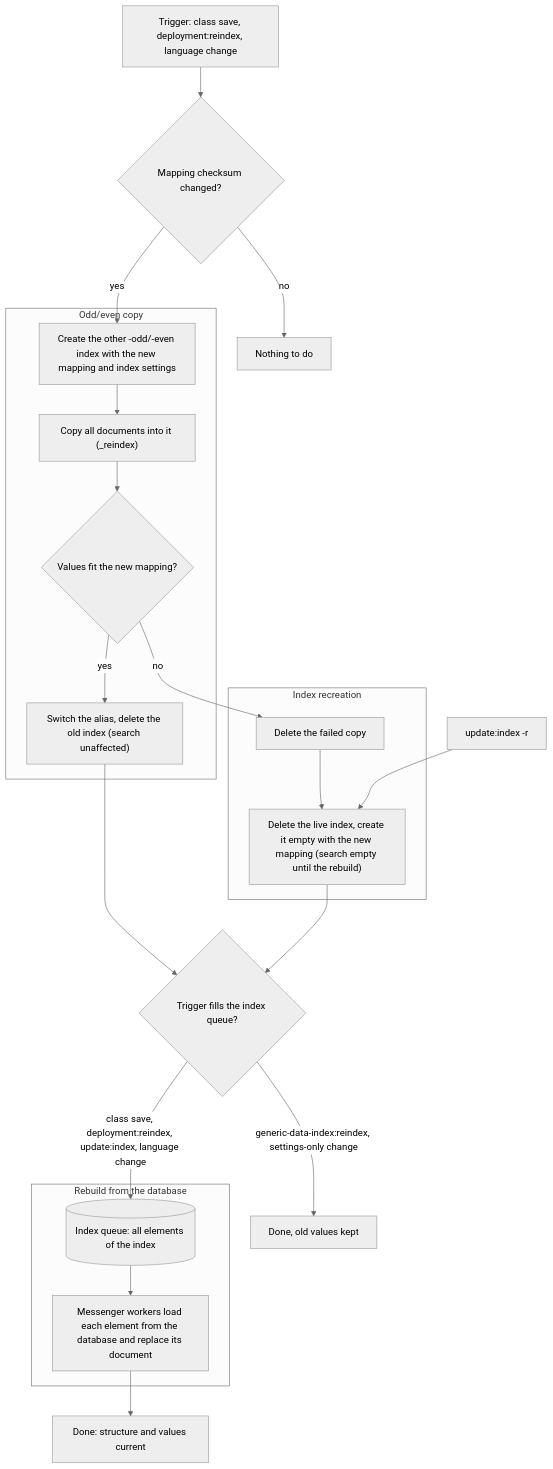
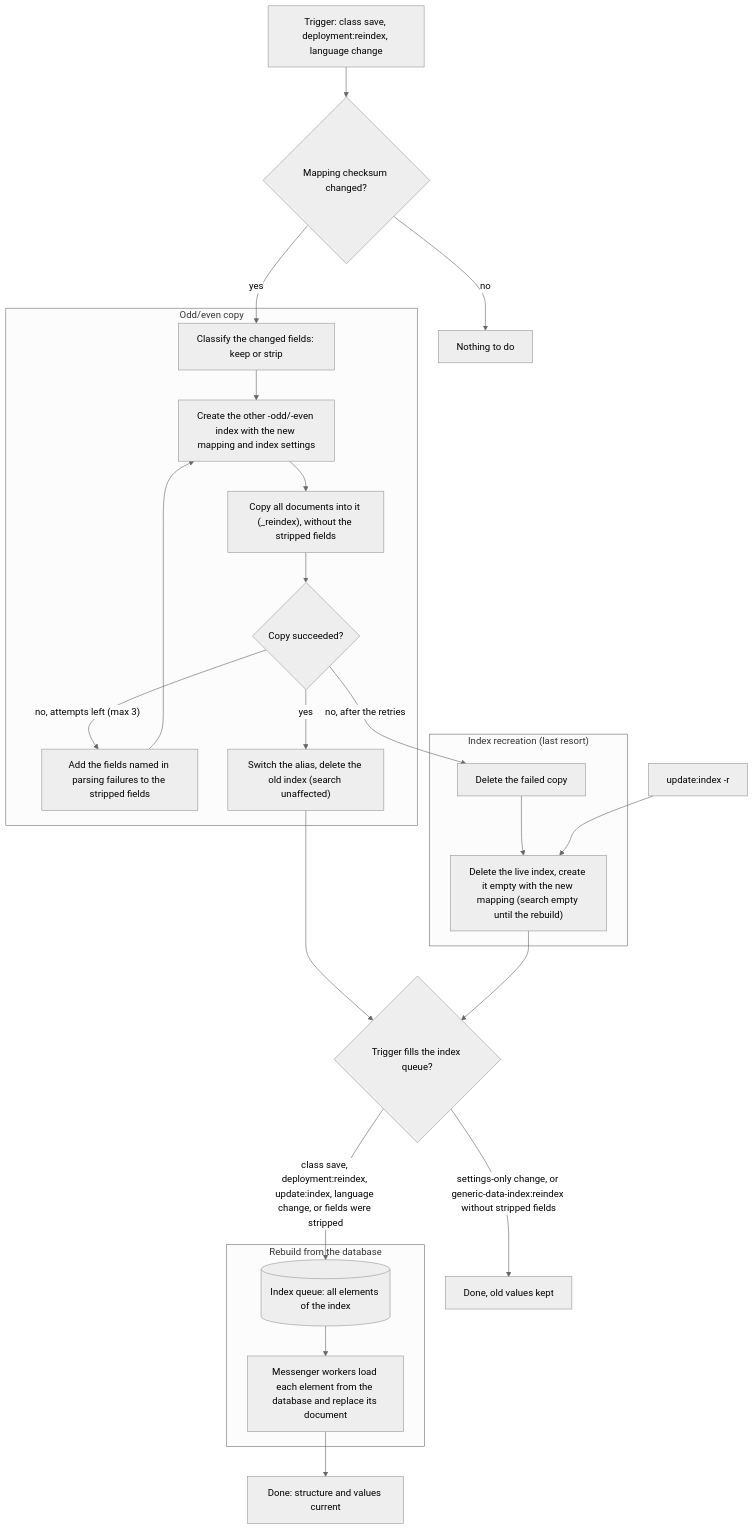
Before and after one commit to pimcore/generic-data-index-bundle: the diagram in doc/03_Reindexing/README.md, drawn with Mermaid (neutral theme). The commit also changed other lines of this file and 2 other files, not shown here.

First line of the commit message:
[Docs] Describe how field type changes are copied instead of recreating the index

````diff
--- a/doc/03_Reindexing/README.md
+++ b/doc/03_Reindexing/README.md
@@ -85,39 +103,44 @@
 ```mermaid
 flowchart TB
     T["Trigger: class save, deployment:reindex, language change"]
     C{Mapping checksum changed?}
     D0[Nothing to do]
     subgraph COPY["Odd/even copy"]
+        K["Classify the changed fields: keep or strip"]
         N["Create the other -odd/-even index with the new mapping and index settings"]
-        R["Copy all documents into it (_reindex)"]
-        F{Values fit the new mapping?}
+        R["Copy all documents into it (_reindex), without the stripped fields"]
+        F{Copy succeeded?}
+        P["Add the fields named in parsing failures to the stripped fields"]
         S["Switch the alias, delete the old index (search unaffected)"]
     end
-    subgraph RECREATE["Index recreation"]
+    subgraph RECREATE["Index recreation (last resort)"]
         E1["Delete the failed copy"]
         E2["Delete the live index, create it empty with the new mapping (search empty until the rebuild)"]
     end
     X["update:index -r"]
     Q{Trigger fills the index queue?}
     D1["Done, old values kept"]
     subgraph REBUILD["Rebuild from the database"]
         QF[("Index queue: all elements of the index")]
         W["Messenger workers load each element from the database and replace its document"]
     end
     D2["Done: structure and values current"]
     T --> C
     C -->|no| D0
-    C -->|yes| N
+    C -->|yes| K
+    K --> N
     N --> R
     R --> F
     F -->|yes| S
-    F -->|no| E1
+    F -->|"no, attempts left (max 3)"| P
+    P --> N
+    F -->|"no, after the retries"| E1
     E1 --> E2
     X --> E2
     S --> Q
     E2 --> Q
-    Q -->|"generic-data-index:reindex, settings-only change"| D1
-    Q -->|"class save, deployment:reindex, update:index, language change"| QF
+    Q -->|"settings-only change, or generic-data-index:reindex without stripped fields"| D1
+    Q -->|"class save, deployment:reindex, update:index, language change, or fields were stripped"| QF
     QF --> W
     W --> D2
 ```
````
